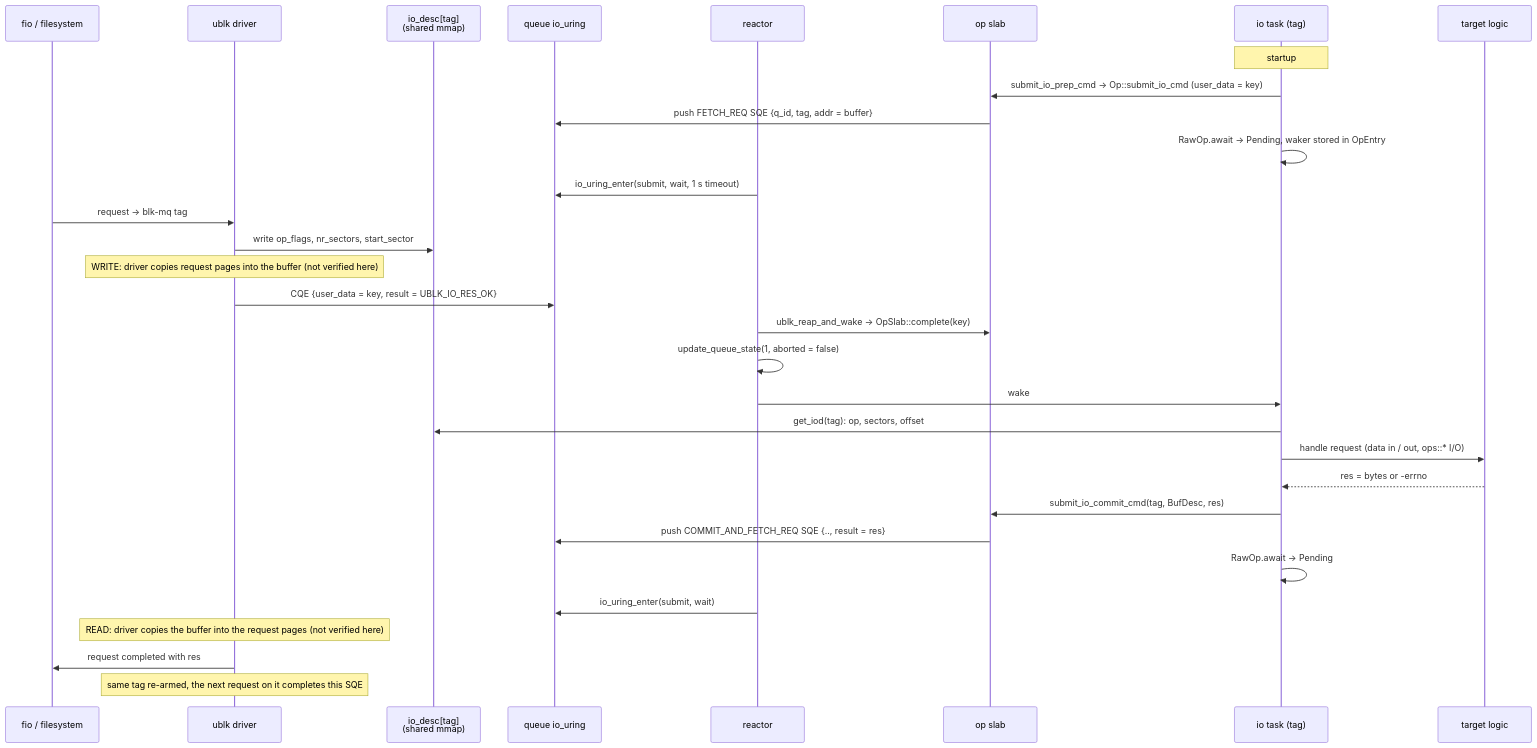
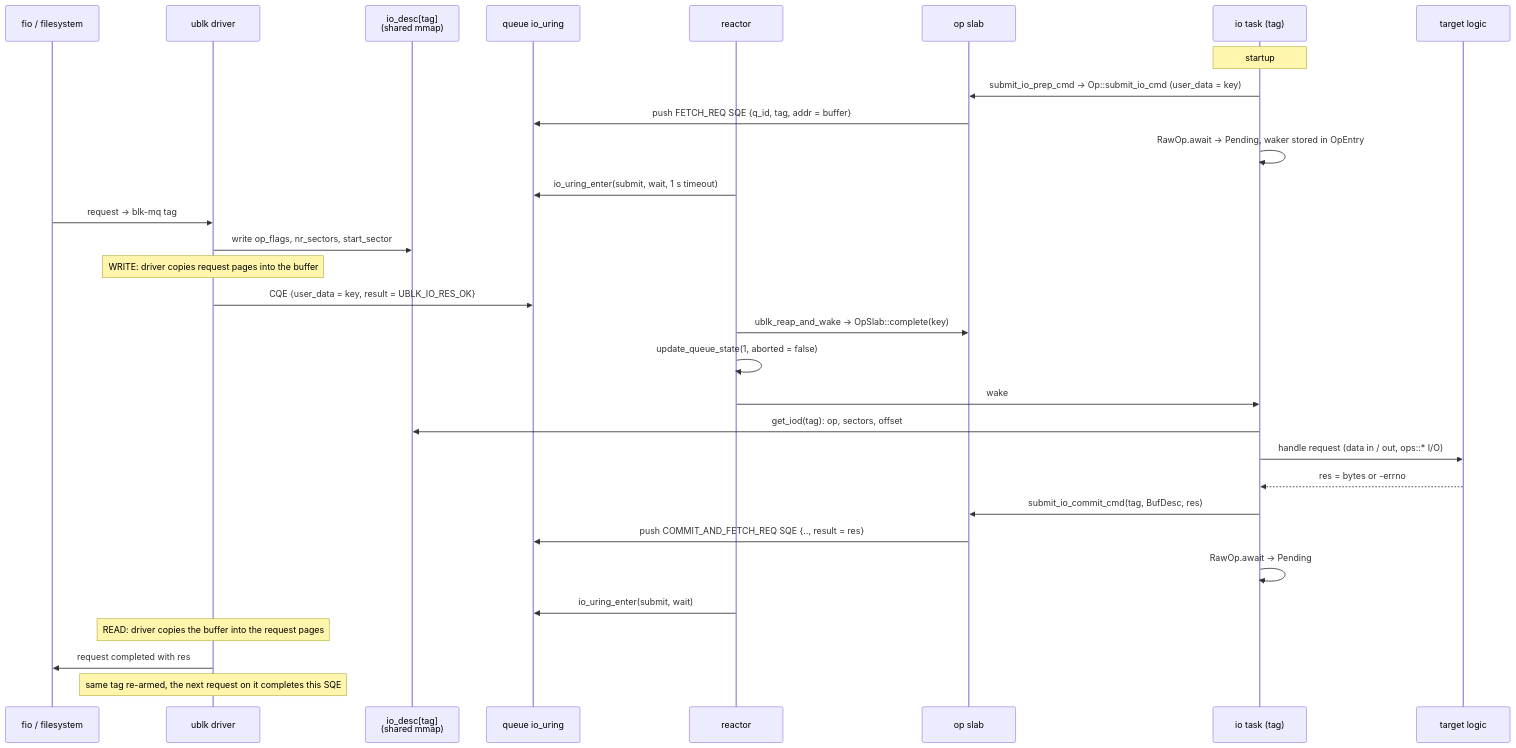
The fourth of 4 diagrams in docs/framework.md (ublk-org/libublk-rs), drawn with Mermaid before and after one commit. The commit also changed other lines of this file, not shown here.

````diff
--- a/docs/framework.md
+++ b/docs/framework.md
@@ -464,36 +386,36 @@
 ```mermaid
 %%{init: {"sequence": {"messageFontSize": 18, "noteFontSize": 17, "actorFontSize": 18, "width": 170, "messageMargin": 40}}}%%
 sequenceDiagram
     participant FS as fio / filesystem
     participant K as ublk driver
     participant IOD as io_desc[tag]<br/>(shared mmap)
     participant R as queue io_uring
     participant RE as reactor
     participant OP as op slab
     participant T as io task (tag)
     participant APP as target logic
 
     Note over T: startup
     T->>OP: submit_io_prep_cmd → Op::submit_io_cmd (user_data = key)
     OP->>R: push FETCH_REQ SQE {q_id, tag, addr = buffer}
     T->>T: RawOp.await → Pending, waker stored in OpEntry
     RE->>R: io_uring_enter(submit, wait, 1 s timeout)
 
     FS->>K: request → blk-mq tag
     K->>IOD: write op_flags, nr_sectors, start_sector
-    Note over K: WRITE: driver copies request pages into the buffer (not verified here)
+    Note over K: WRITE: driver copies request pages into the buffer
     K->>R: CQE {user_data = key, result = UBLK_IO_RES_OK}
     RE->>OP: ublk_reap_and_wake → OpSlab::complete(key)
     RE->>RE: update_queue_state(1, aborted = false)
     RE->>T: wake
     T->>IOD: get_iod(tag): op, sectors, offset
     T->>APP: handle request (data in / out, ops::* I/O)
     APP-->>T: res = bytes or -errno
     T->>OP: submit_io_commit_cmd(tag, BufDesc, res)
     OP->>R: push COMMIT_AND_FETCH_REQ SQE {.., result = res}
     T->>T: RawOp.await → Pending
     RE->>R: io_uring_enter(submit, wait)
-    Note over K: READ: driver copies the buffer into the request pages (not verified here)
+    Note over K: READ: driver copies the buffer into the request pages
     K->>FS: request completed with res
     Note over K: same tag re-armed, the next request on it completes this SQE
 ```
````
